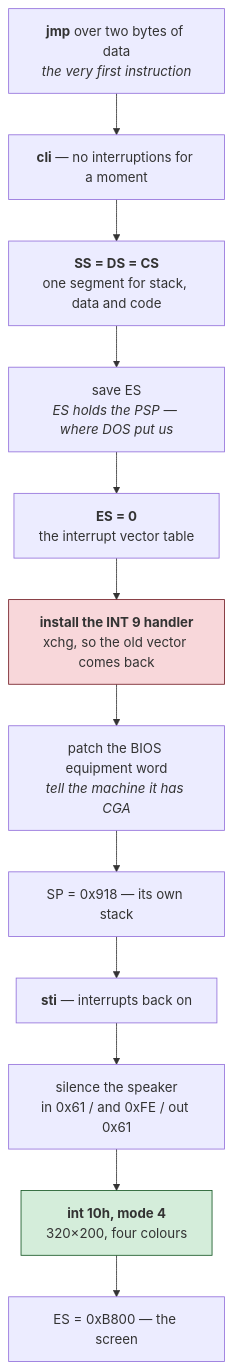
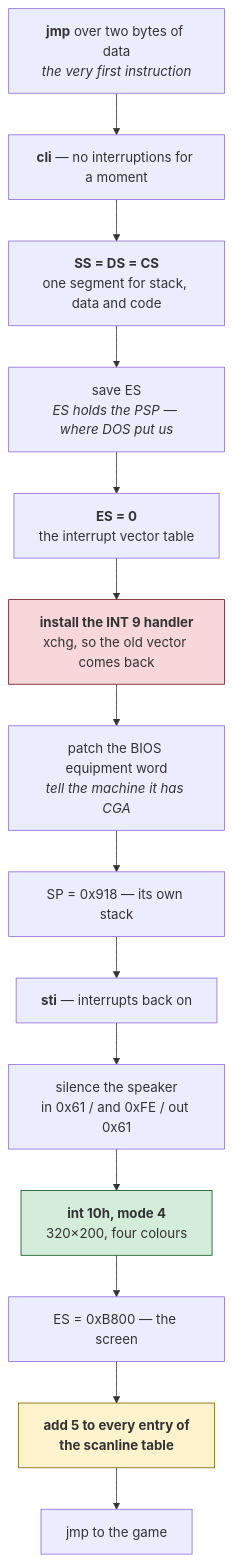
The third of 7 diagrams in hard-hat-mack/docs/02-architecture.md (agunawijaya/retro-ports), drawn with Mermaid before and after one commit. The commit also changed other lines of this file and 4 other files, not shown here.

````diff
--- a/hard-hat-mack/docs/02-architecture.md
+++ b/hard-hat-mack/docs/02-architecture.md
@@ -122,18 +122,21 @@
 ```mermaid
 flowchart TB
     A["<b>jmp</b> over two bytes of data<br/><i>the very first instruction</i>"]
     B["<b>cli</b> — no interruptions for a moment"]
     C["<b>SS = DS = CS</b><br/>one segment for stack, data and code"]
     D["save ES<br/><i>ES holds the PSP — where DOS put us</i>"]
     E["<b>ES = 0</b><br/>the interrupt vector table"]
     F["<b>install the INT 9 handler</b><br/>xchg, so the old vector comes back"]
     G["patch the BIOS equipment word<br/><i>tell the machine it has CGA</i>"]
     H["SP = 0x918 — its own stack"]
     I["<b>sti</b> — interrupts back on"]
     J["silence the speaker<br/>in 0x61 / and 0xFE / out 0x61"]
     K["<b>int 10h, mode 4</b><br/>320×200, four colours"]
     L["ES = 0xB800 — the screen"]
-    A --> B --> C --> D --> E --> F --> G --> H --> I --> J --> K --> L
+    M["<b>add 5 to every entry of<br/>the scanline table</b>"]
+    N["jmp to the game"]
+    A --> B --> C --> D --> E --> F --> G --> H --> I --> J --> K --> L --> M --> N
     style F fill:#f8d7da,stroke:#721c24
     style K fill:#d4edda,stroke:#155724
+    style M fill:#fff3cd,stroke:#856404
 ```
````
